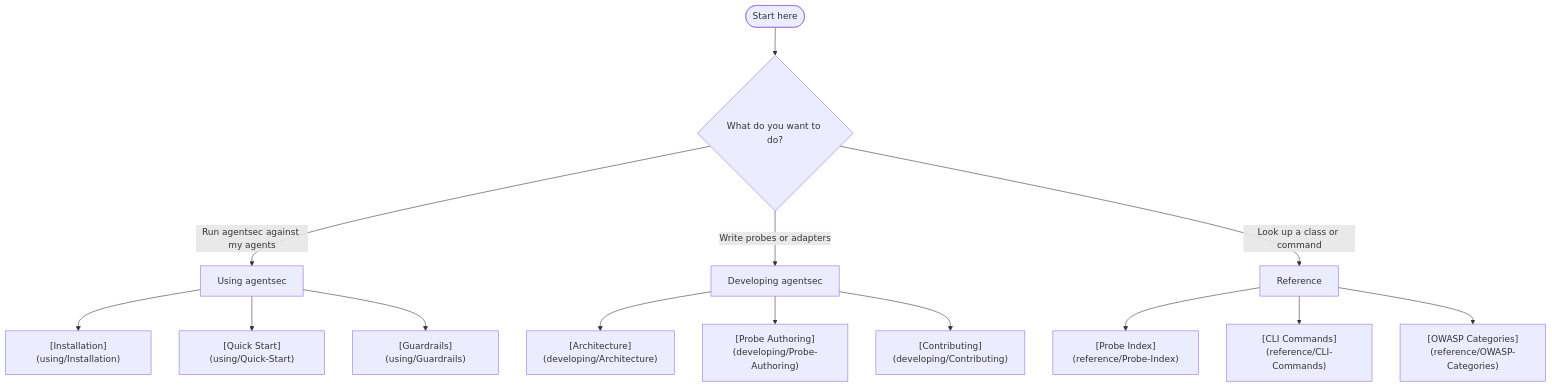
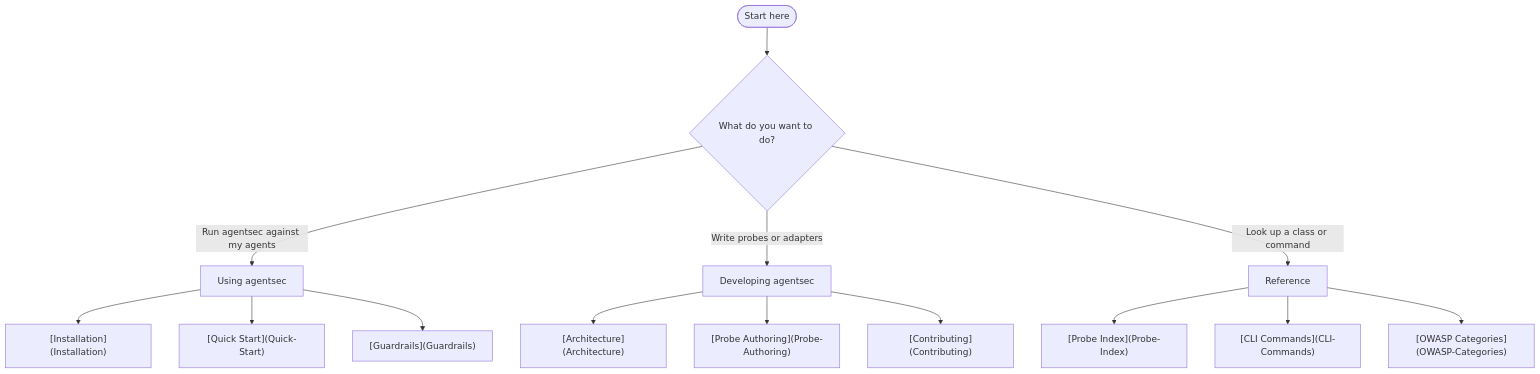
Before and after one commit to n3pt7un/agentsec: the diagram in wiki/Home.md, drawn with Mermaid. The commit also changed other lines of this file and 37 other files, not shown here.

````diff
--- a/wiki/Home.md
+++ b/wiki/Home.md
@@ -13,16 +13,16 @@
 ```mermaid
 flowchart TD
     A([Start here]) --> B{What do you want to do?}
     B -->|Run agentsec against my agents| C[Using agentsec]
     B -->|Write probes or adapters| D[Developing agentsec]
     B -->|Look up a class or command| E[Reference]
-    C --> C1["[Installation](using/Installation)"]
-    C --> C2["[Quick Start](using/Quick-Start)"]
-    C --> C3["[Guardrails](using/Guardrails)"]
-    D --> D1["[Architecture](developing/Architecture)"]
-    D --> D2["[Probe Authoring](developing/Probe-Authoring)"]
-    D --> D3["[Contributing](developing/Contributing)"]
-    E --> E1["[Probe Index](reference/Probe-Index)"]
-    E --> E2["[CLI Commands](reference/CLI-Commands)"]
-    E --> E3["[OWASP Categories](reference/OWASP-Categories)"]
+    C --> C1["[Installation](Installation)"]
+    C --> C2["[Quick Start](Quick-Start)"]
+    C --> C3["[Guardrails](Guardrails)"]
+    D --> D1["[Architecture](Architecture)"]
+    D --> D2["[Probe Authoring](Probe-Authoring)"]
+    D --> D3["[Contributing](Contributing)"]
+    E --> E1["[Probe Index](Probe-Index)"]
+    E --> E2["[CLI Commands](CLI-Commands)"]
+    E --> E3["[OWASP Categories](OWASP-Categories)"]
 ```
````
